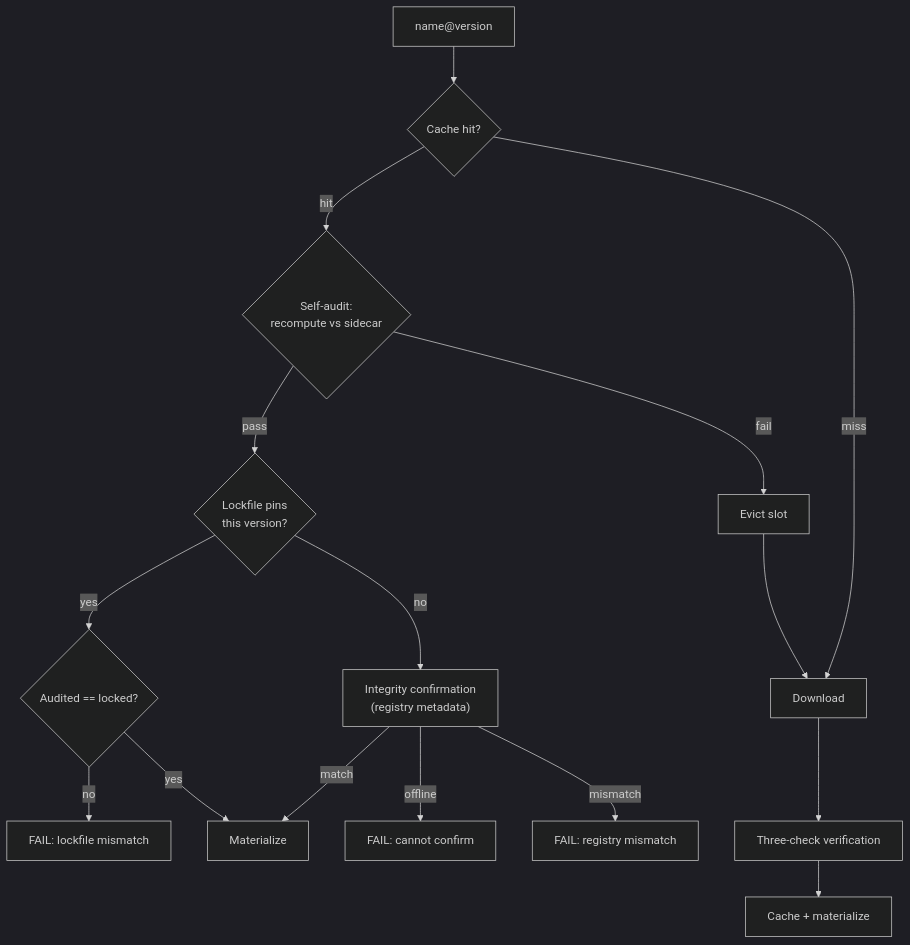
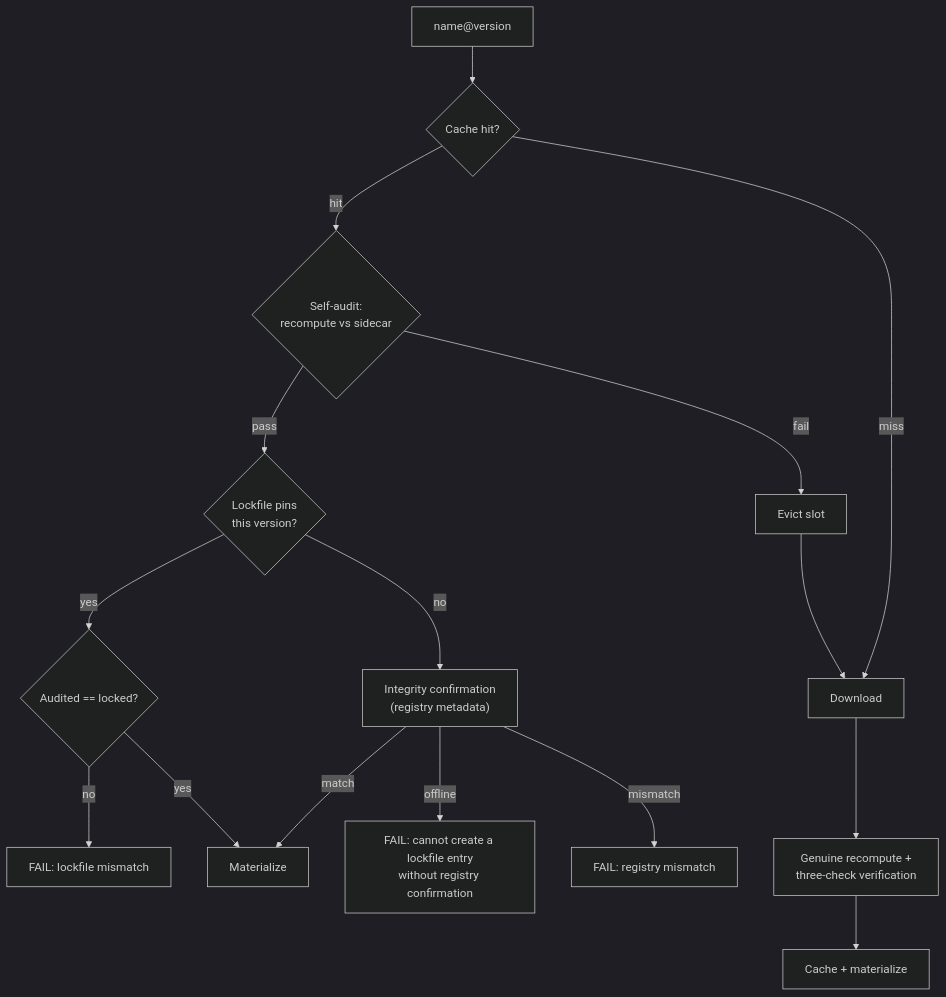
Before and after one commit to agent-facets/facets: the third of 5 diagrams in docs/specification/pipeline.md, drawn with Mermaid (dark theme). The commit also changed other lines of this file and 44 other files, not shown here.

````diff
--- a/docs/specification/pipeline.md
+++ b/docs/specification/pipeline.md
@@ -152,18 +152,18 @@
 ```mermaid
 flowchart TD
     V["name@version"] --> C{Cache hit?}
     C -->|hit| AUD{"Self-audit:<br/>recompute vs sidecar"}
     AUD -->|fail| EVICT["Evict slot"]
     EVICT --> FETCH
     AUD -->|pass| LK{Lockfile pins<br/>this version?}
     LK -->|yes| CMPL{"Audited == locked?"}
     CMPL -->|no| FI["FAIL: lockfile mismatch"]
     CMPL -->|yes| MAT["Materialize"]
     LK -->|no| CONF["Integrity confirmation<br/>(registry metadata)"]
-    CONF -->|offline| FOFF["FAIL: cannot confirm"]
+    CONF -->|offline| FOFF["FAIL: cannot create a lockfile entry<br/>without registry confirmation"]
     CONF -->|mismatch| FC["FAIL: registry mismatch"]
     CONF -->|match| MAT
     C -->|miss| FETCH["Download"]
-    FETCH --> REG["Three-check verification"]
+    FETCH --> REG["Genuine recompute +<br/>three-check verification"]
     REG --> PUT["Cache + materialize"]
 ```
````
